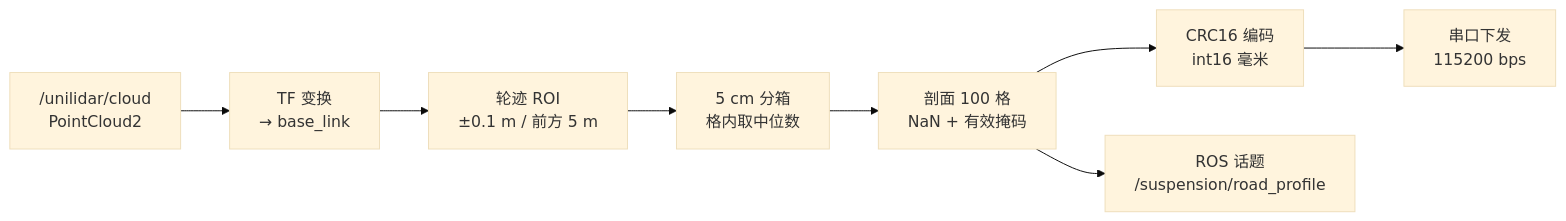
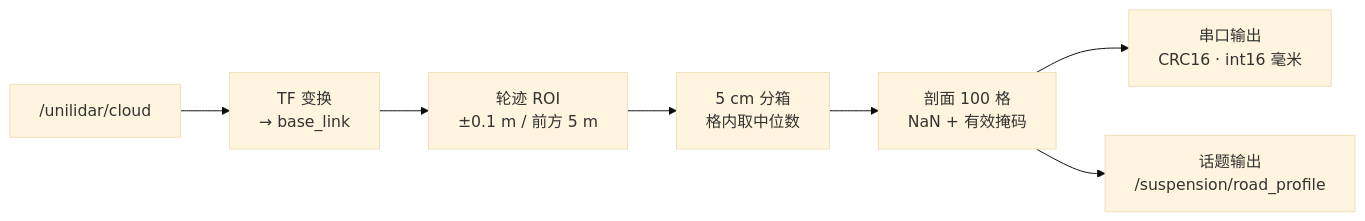
The second of 3 diagrams in README.md (qi-neo/active-suspension-lidar-preview), drawn with Mermaid (base theme) before and after one commit. The commit also changed other lines of this file, not shown here.

First line of the commit message:
docs: 图示改用苹果字体栈并改进表达

````diff
--- a/README.md
+++ b/README.md
@@ -58,10 +58,10 @@
 ```mermaid
+%%{init: {"fontFamily": "-apple-system, BlinkMacSystemFont, PingFang SC, Helvetica Neue, Microsoft YaHei, sans-serif"}}%%
 flowchart LR
-    A["/unilidar/cloud<br/>PointCloud2"] --> B["TF 变换<br/>→ base_link"]
+    A["/unilidar/cloud"] --> B["TF 变换<br/>→ base_link"]
     B --> C["轮迹 ROI<br/>±0.1 m / 前方 5 m"]
     C --> D["5 cm 分箱<br/>格内取中位数"]
     D --> E["剖面 100 格<br/>NaN + 有效掩码"]
-    E --> F["CRC16 编码<br/>int16 毫米"]
-    F --> G["串口下发<br/>115200 bps"]
-    E --> H["ROS 话题<br/>/suspension/road_profile"]
+    E --> F["串口输出<br/>CRC16 · int16 毫米"]
+    E --> G["话题输出<br/>/suspension/road_profile"]
 ```
````
